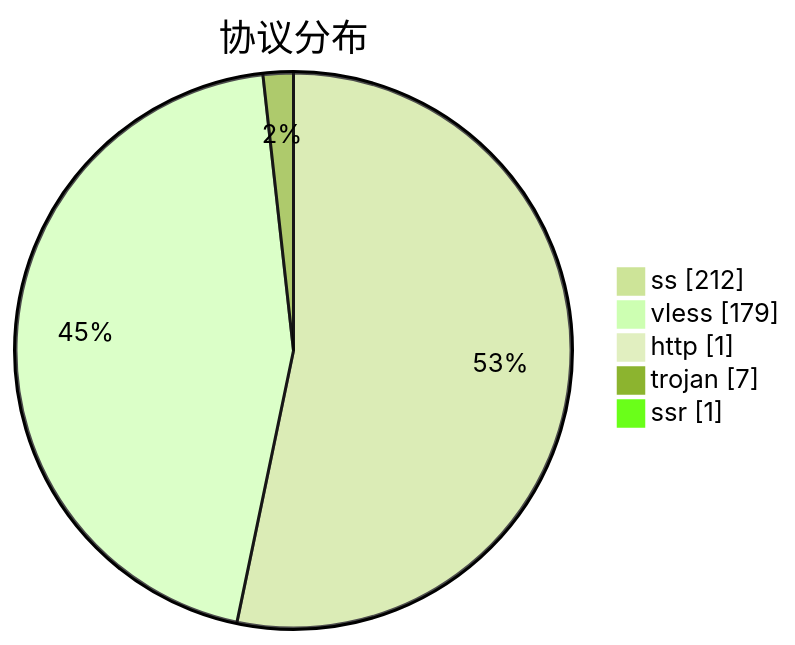
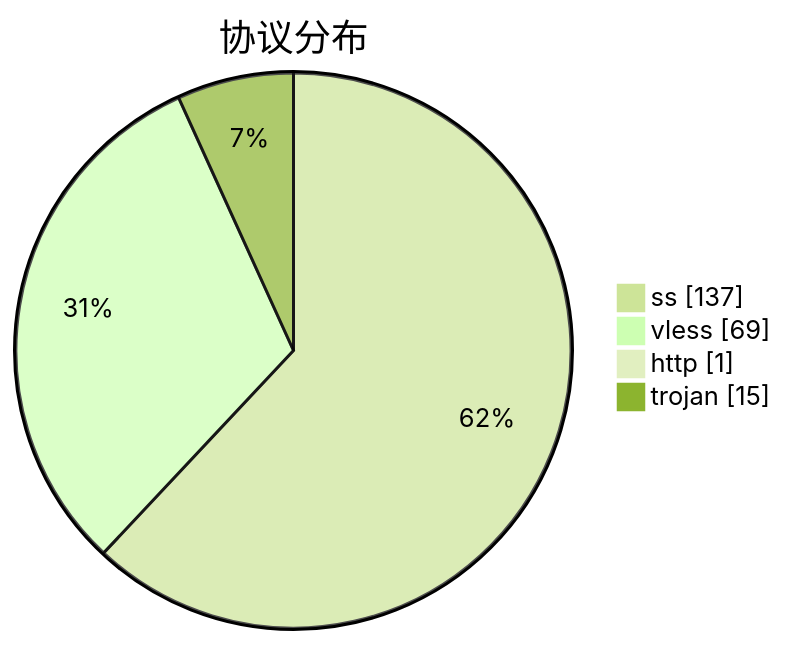
Before and after one commit to qjlxg/airport: the third of 3 diagrams in subs/statistics/tested_within.md, drawn with Mermaid (forest theme). The commit also changed other lines of this file and 2 other files, not shown here.

````diff
--- a/subs/statistics/tested_within.md
+++ b/subs/statistics/tested_within.md
@@ -19,9 +17,8 @@
 ```mermaid
 pie showData
 title 协议分布
-"ss" : 212
-"vless" : 179
+"ss" : 137
+"vless" : 69
 "http" : 1
-"trojan" : 7
-"ssr" : 1
+"trojan" : 15
 ```
````
